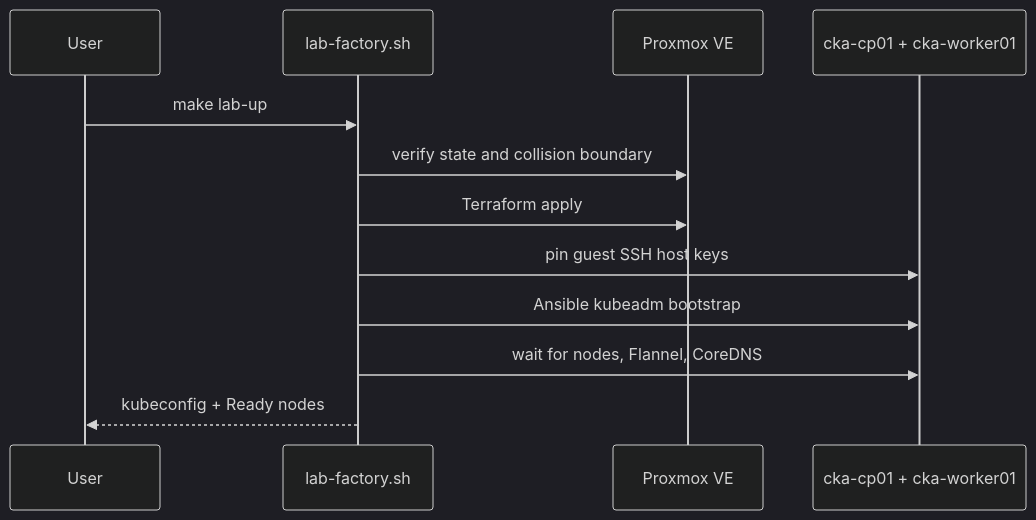
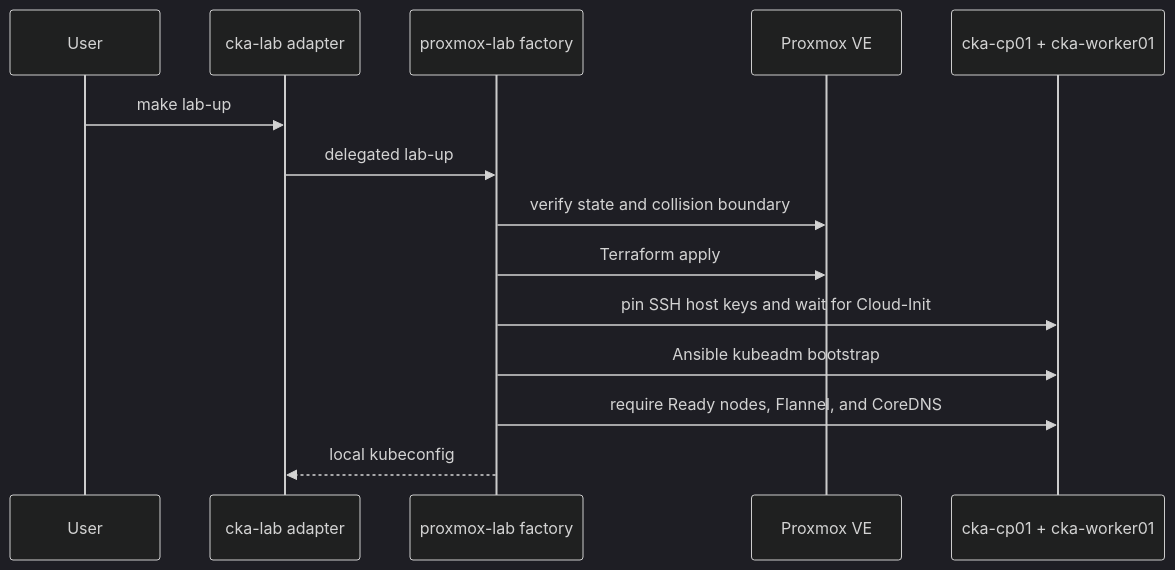
Before and after one commit to ffworker/cka-lab: the diagram in docs/PROXMOX-FACTORY.md, drawn with Mermaid (dark theme). The commit also changed other lines of this file and 74 other files, not shown here.

Commit message:
feat: finalize CKA Lab study experience

````diff
--- a/docs/PROXMOX-FACTORY.md
+++ b/docs/PROXMOX-FACTORY.md
@@ -61,14 +60,16 @@
 ```mermaid
 sequenceDiagram
     participant User
-    participant Factory as lab-factory.sh
+    participant CKA as cka-lab adapter
+    participant Factory as proxmox-lab factory
     participant PVE as Proxmox VE
     participant Nodes as cka-cp01 + cka-worker01
-    User->>Factory: make lab-up
+    User->>CKA: make lab-up
+    CKA->>Factory: delegated lab-up
     Factory->>PVE: verify state and collision boundary
     Factory->>PVE: Terraform apply
-    Factory->>Nodes: pin guest SSH host keys
+    Factory->>Nodes: pin SSH host keys and wait for Cloud-Init
     Factory->>Nodes: Ansible kubeadm bootstrap
-    Factory->>Nodes: wait for nodes, Flannel, CoreDNS
-    Factory-->>User: kubeconfig + Ready nodes
+    Factory->>Nodes: require Ready nodes, Flannel, and CoreDNS
+    Factory-->>CKA: local kubeconfig
 ```
````
